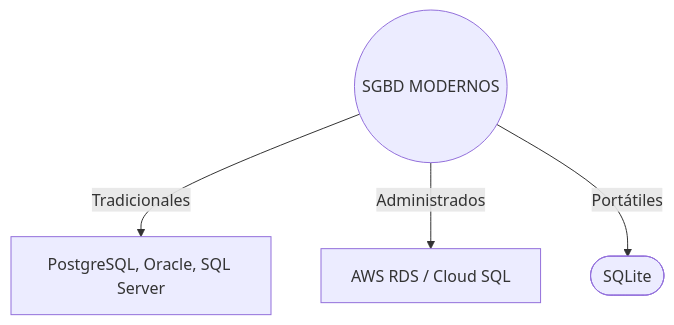
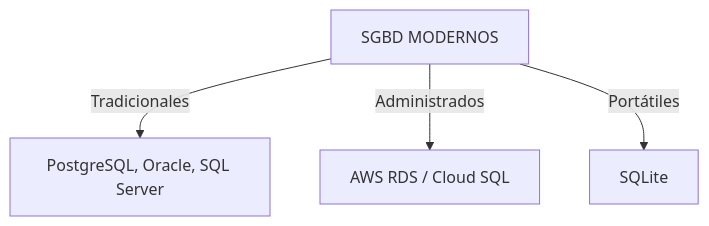
The first of 12 diagrams in README.md (rraulherediaa/PracticasEstructurasDatos), drawn with Mermaid before and after one commit. The commit also changed other lines of this file, not shown here.

````diff
--- a/README.md
+++ b/README.md
@@ -24,7 +34,7 @@
 ```mermaid
 flowchart TD
-    Root(("SGBD MODERNOS"))
+    Root["SGBD MODERNOS"]
     Root -->|Tradicionales| Rel["PostgreSQL, Oracle, SQL Server"]
     Root -->|Administrados| CL["AWS RDS / Cloud SQL"]
-    Root -->|Portátiles| Lite(["SQLite"])
+    Root -->|Portátiles| Lite["SQLite"]
 ```
````
